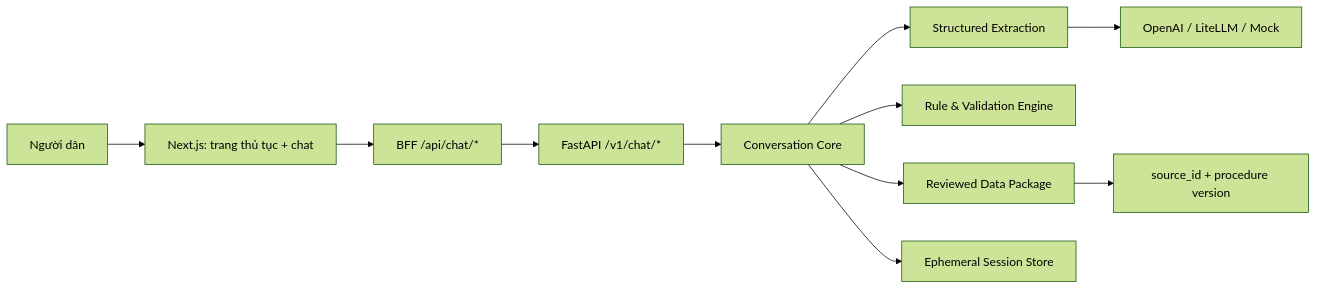
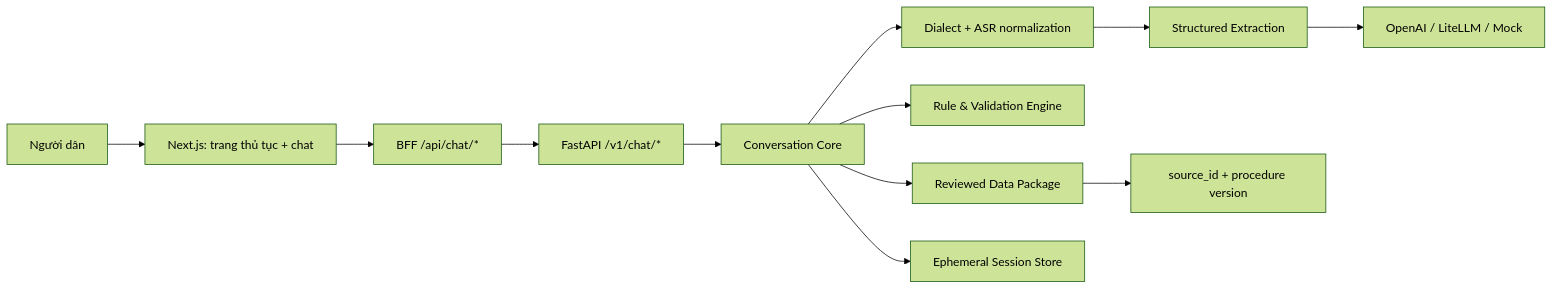
The first of 2 diagrams in README.md (suzhentxt/VNeGuide), drawn with Mermaid (forest theme) before and after one commit. The commit also changed other lines of this file and 27 other files, not shown here.

Commit message:
feat: normalize Vietnamese dialect and ASR input

````diff
--- a/README.md
+++ b/README.md
@@ -68,13 +68,14 @@
 ```mermaid
 flowchart LR
     U[Người dân] --> UI[Next.js: trang thủ tục + chat]
     UI --> BFF[BFF /api/chat/*]
     BFF --> API[FastAPI /v1/chat/*]
     API --> CORE[Conversation Core]
-    CORE --> AI[Structured Extraction]
+    CORE --> LANG[Dialect + ASR normalization]
+    LANG --> AI[Structured Extraction]
     CORE --> RULES[Rule & Validation Engine]
     CORE --> DATA[Reviewed Data Package]
     AI --> PROVIDER[OpenAI / LiteLLM / Mock]
     CORE --> SESSION[Ephemeral Session Store]
     DATA --> SOURCES[source_id + procedure version]
 ```
````
